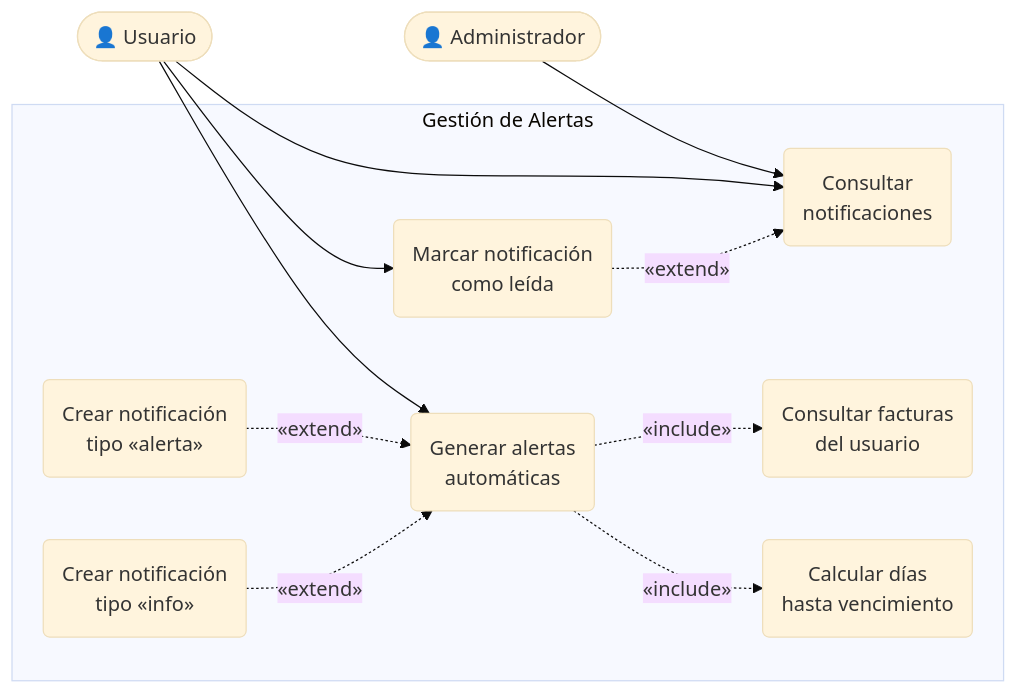
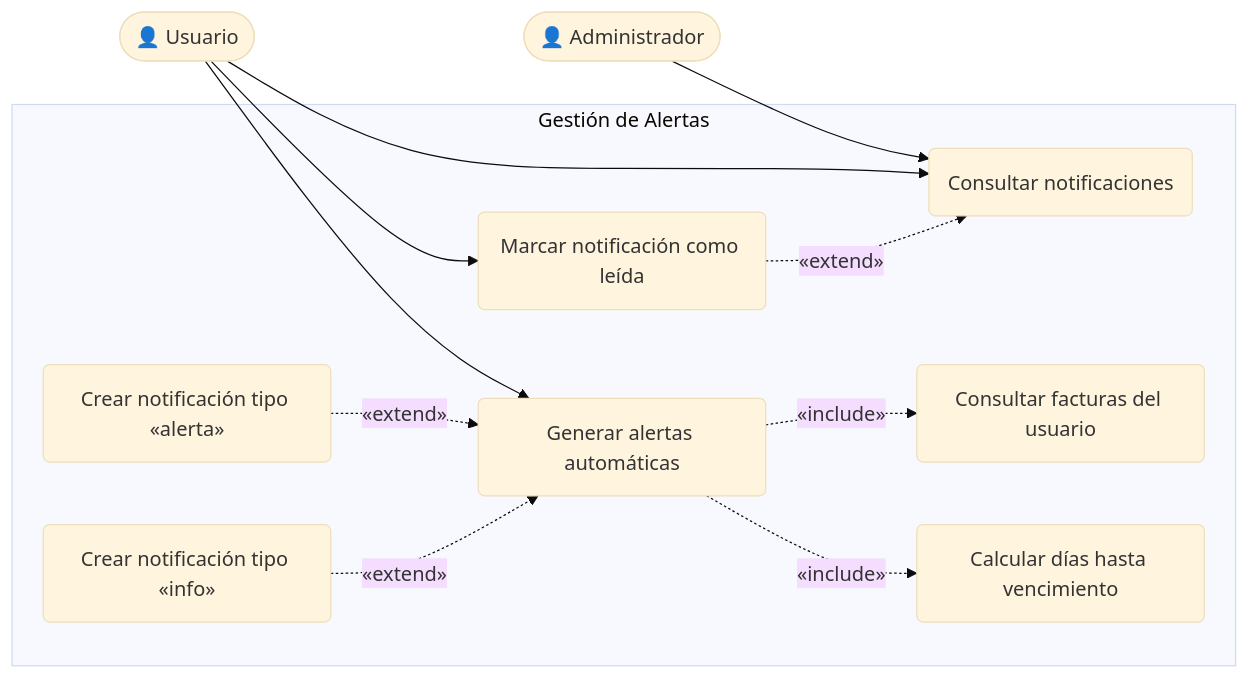
The third of 3 diagrams in docs/09-comportamiento-casos-de-uso.md (danielalvarezm527/Zentrix), drawn with Mermaid (base theme) before and after one commit. The commit also changed other lines of this file and 2 other files, not shown here.

````diff
--- a/docs/09-comportamiento-casos-de-uso.md
+++ b/docs/09-comportamiento-casos-de-uso.md
@@ -84,27 +84,27 @@
 ```mermaid
 graph LR
     Admin(["👤 Administrador"])
     User(["👤 Usuario"])
 
     subgraph GA["Gestión de Alertas"]
-        GA1("Generar alertas\nautomáticas")
-        CN("Consultar\nnotificaciones")
-        ML("Marcar notificación\ncomo leída")
+        GA1("Generar alertas automáticas")
+        CN("Consultar notificaciones")
+        ML("Marcar notificación como leída")
 
-        CFF("Consultar facturas\ndel usuario")
-        CV("Calcular días\nhasta vencimiento")
-        NA("Crear notificación\ntipo «alerta»")
-        NI("Crear notificación\ntipo «info»")
+        CFF("Consultar facturas del usuario")
+        CV("Calcular días hasta vencimiento")
+        NA("Crear notificación tipo «alerta»")
+        NI("Crear notificación tipo «info»")
     end
 
     Admin --> CN
     User  --> GA1
     User  --> CN
     User  --> ML
 
     GA1 -. "«include»" .-> CFF
     GA1 -. "«include»" .-> CV
     NA  -. "«extend»"  .-> GA1
     NI  -. "«extend»"  .-> GA1
     ML  -. "«extend»"  .-> CN
 ```
````
